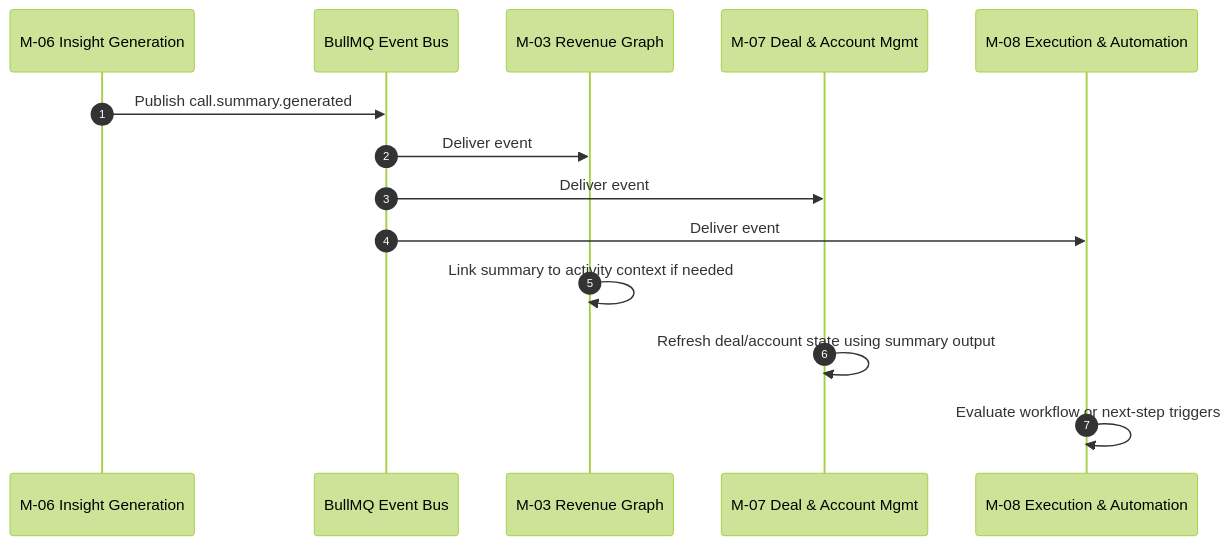
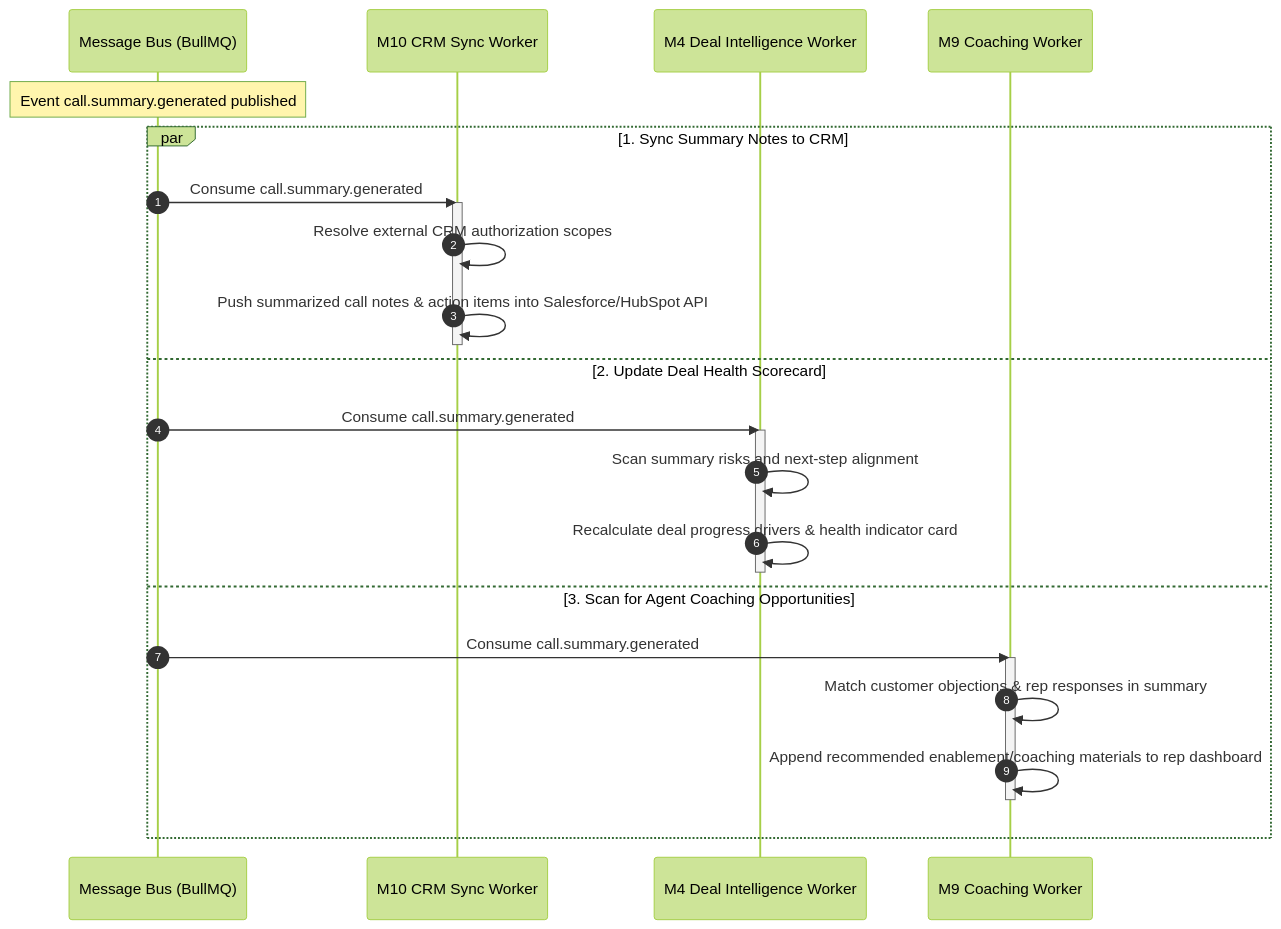
Before and after one commit to PoojaTiwari09/FB-and-RP-Fixes: the fourth of 5 diagrams in Reference documents/M3 AI Summaries & GenAI/M3 Sequence Diagrams.md, drawn with Mermaid (forest theme). The commit also changed other lines of this file and 79 other files, not shown here.

````diff
--- a/Reference documents/M3 AI Summaries & GenAI/M3 Sequence Diagrams.md
+++ b/Reference documents/M3 AI Summaries & GenAI/M3 Sequence Diagrams.md
@@ -383,18 +150,30 @@
 ```mermaid
 sequenceDiagram
     autonumber
-    participant M06 as M-06 Insight Generation
-    participant Q as BullMQ Event Bus
-    participant M03 as M-03 Revenue Graph
-    participant M07 as M-07 Deal & Account Mgmt
-    participant M08 as M-08 Execution & Automation
+    participant Bus as Message Bus (BullMQ)
+    participant M10_Wrk as M10 CRM Sync Worker
+    participant M4_Wrk as M4 Deal Intelligence Worker
+    participant M9_Wrk as M9 Coaching Worker
 
-    M06->>Q: Publish call.summary.generated
-    Q->>M03: Deliver event
-    Q->>M07: Deliver event
-    Q->>M08: Deliver event
+    Note over Bus: Event call.summary.generated published
 
-    M03->>M03: Link summary to activity context if needed
-    M07->>M07: Refresh deal/account state using summary output
-    M08->>M08: Evaluate workflow or next-step triggers
+    par 1. Sync Summary Notes to CRM
+        Bus->>M10_Wrk: Consume call.summary.generated
+        activate M10_Wrk
+        M10_Wrk->>M10_Wrk: Resolve external CRM authorization scopes
+        M10_Wrk->>M10_Wrk: Push summarized call notes & action items into Salesforce/HubSpot API
+        deactivate M10_Wrk
+    and 2. Update Deal Health Scorecard
+        Bus->>M4_Wrk: Consume call.summary.generated
+        activate M4_Wrk
+        M4_Wrk->>M4_Wrk: Scan summary risks and next-step alignment
+        M4_Wrk->>M4_Wrk: Recalculate deal progress drivers & health indicator card
+        deactivate M4_Wrk
+    and 3. Scan for Agent Coaching Opportunities
+        Bus->>M9_Wrk: Consume call.summary.generated
+        activate M9_Wrk
+        M9_Wrk->>M9_Wrk: Match customer objections & rep responses in summary
+        M9_Wrk->>M9_Wrk: Append recommended enablement/coaching materials to rep dashboard
+        deactivate M9_Wrk
+    end
 ```
````
